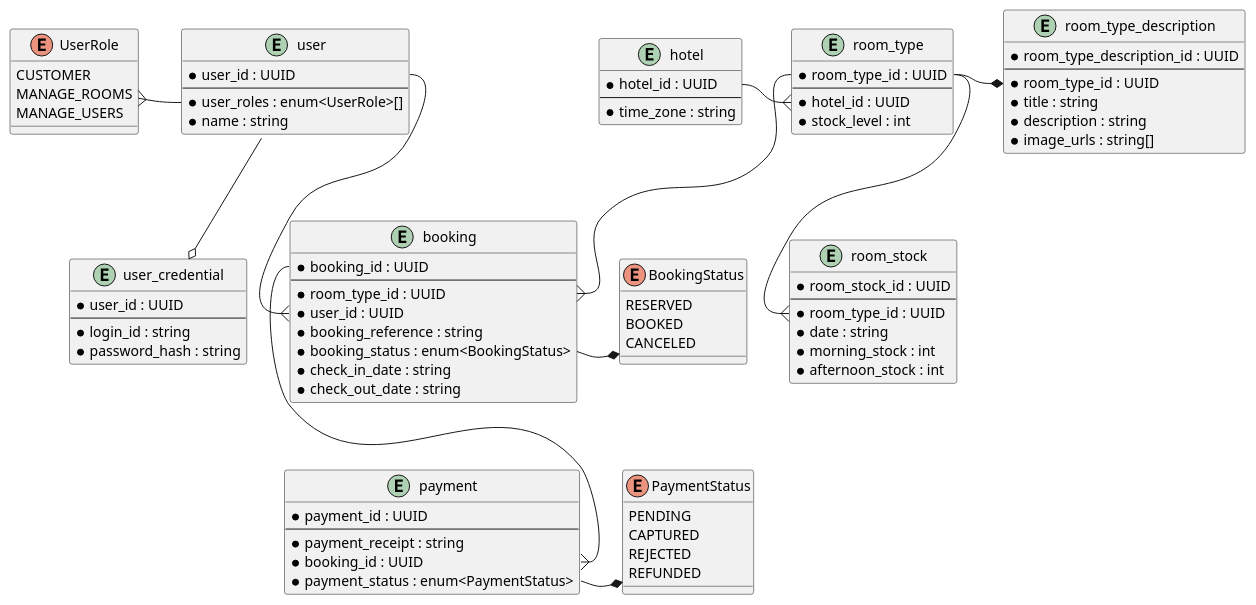
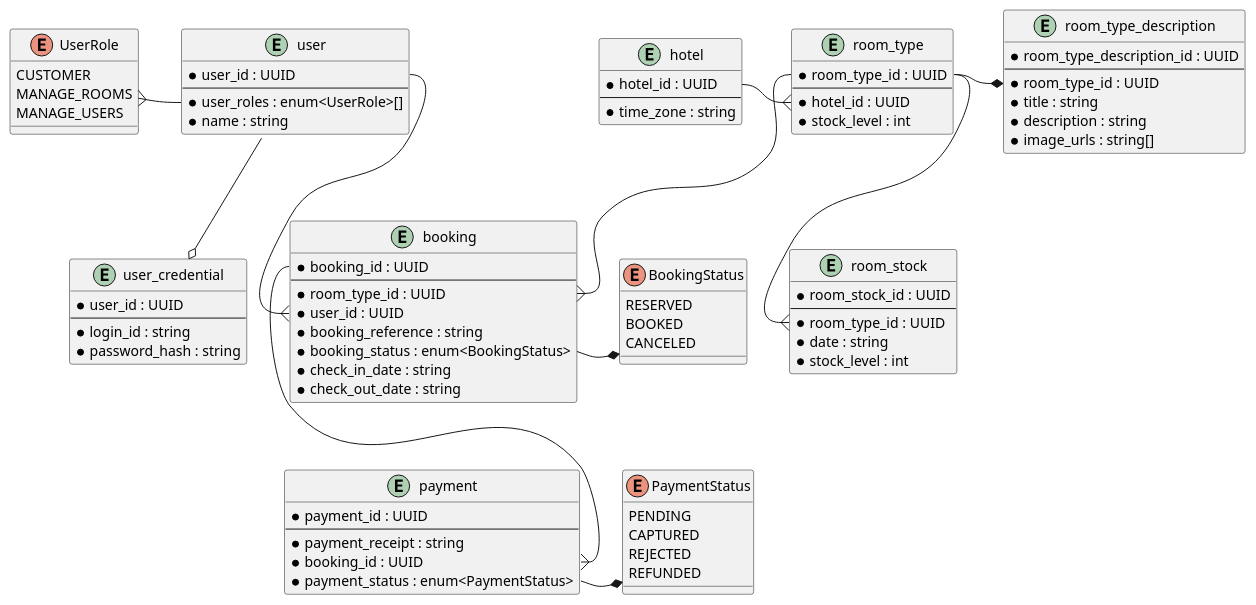
The diagram in be/db_schema.puml (Samour/hotel-booking), drawn with PlantUML before and after one commit. The commit also changed 3 other files, not shown here.

First line of the commit message:
Remove morning/afternoon stock count split

```diff
--- a/be/db_schema.puml
+++ b/be/db_schema.puml
@@ -1,110 +1,109 @@
 @startuml
 
 'User
 
 enum UserRole {
     CUSTOMER
     MANAGE_ROOMS
     MANAGE_USERS
 }
 
 entity user_credential {
     * user_id : UUID
     --
     * login_id : string
     * password_hash : string
 }
 
 entity user {
     * user_id : UUID
     --
     * user_roles : enum<UserRole>[]
     * name : string
 }
 
 user --o user_credential
 UserRole }- user::user_roles
 
 'Room
 
 entity hotel {
     * hotel_id : UUID
     --
     * time_zone : string
 }
 
 entity room_type {
     * room_type_id : UUID
     --
     * hotel_id : UUID
     * stock_level : int
 }
 
 hotel::hotel_id -{ room_type::hotel_id
 
 entity room_type_description {
     * room_type_description_id : UUID
     --
     * room_type_id : UUID
     * title : string
     * description : string
     * image_urls : string[]
 }
 
 room_type::room_type_id -* room_type_description::room_type_id
 
 entity room_stock {
     * room_stock_id : UUID
     --
     * room_type_id : UUID
     * date : string
-    * morning_stock : int
-    * afternoon_stock : int
+    * stock_level : int
 }
 
 room_type::room_type_id --{ room_stock::room_type_id
 
 'Booking
 
 enum BookingStatus {
     RESERVED
     BOOKED
     CANCELED
 }
 
 entity booking {
     * booking_id : UUID
     --
     * room_type_id : UUID
     * user_id : UUID
     * booking_reference : string
     * booking_status : enum<BookingStatus>
     * check_in_date : string
     * check_out_date : string
 }
 
 booking::booking_status -* BookingStatus
 user::user_id --{ booking::user_id
 room_type::room_type_id --{ booking::room_type_id
 
 'Payment
 
 enum PaymentStatus {
     PENDING
     CAPTURED
     REJECTED
     REFUNDED
 }
 
 entity payment {
     * payment_id : UUID
     --
     * payment_receipt : string
     * booking_id : UUID
     * payment_status : enum<PaymentStatus>
 }
 
 payment::payment_status -* PaymentStatus
 booking::booking_id --{ payment::booking_id
 
 @enduml
```
